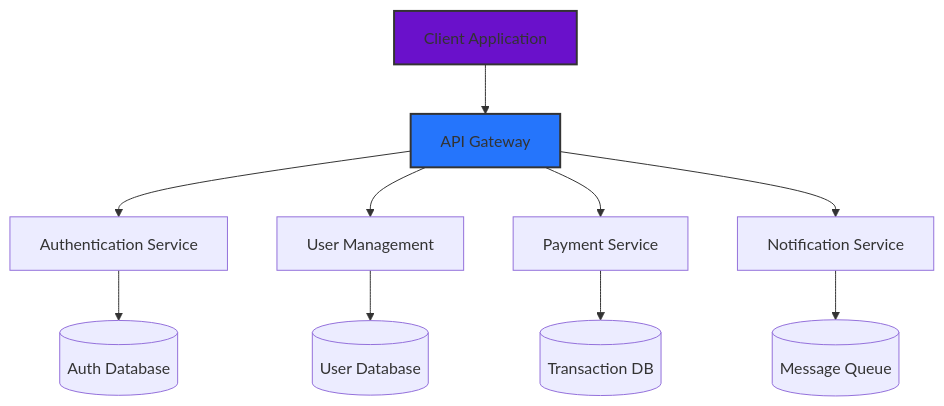
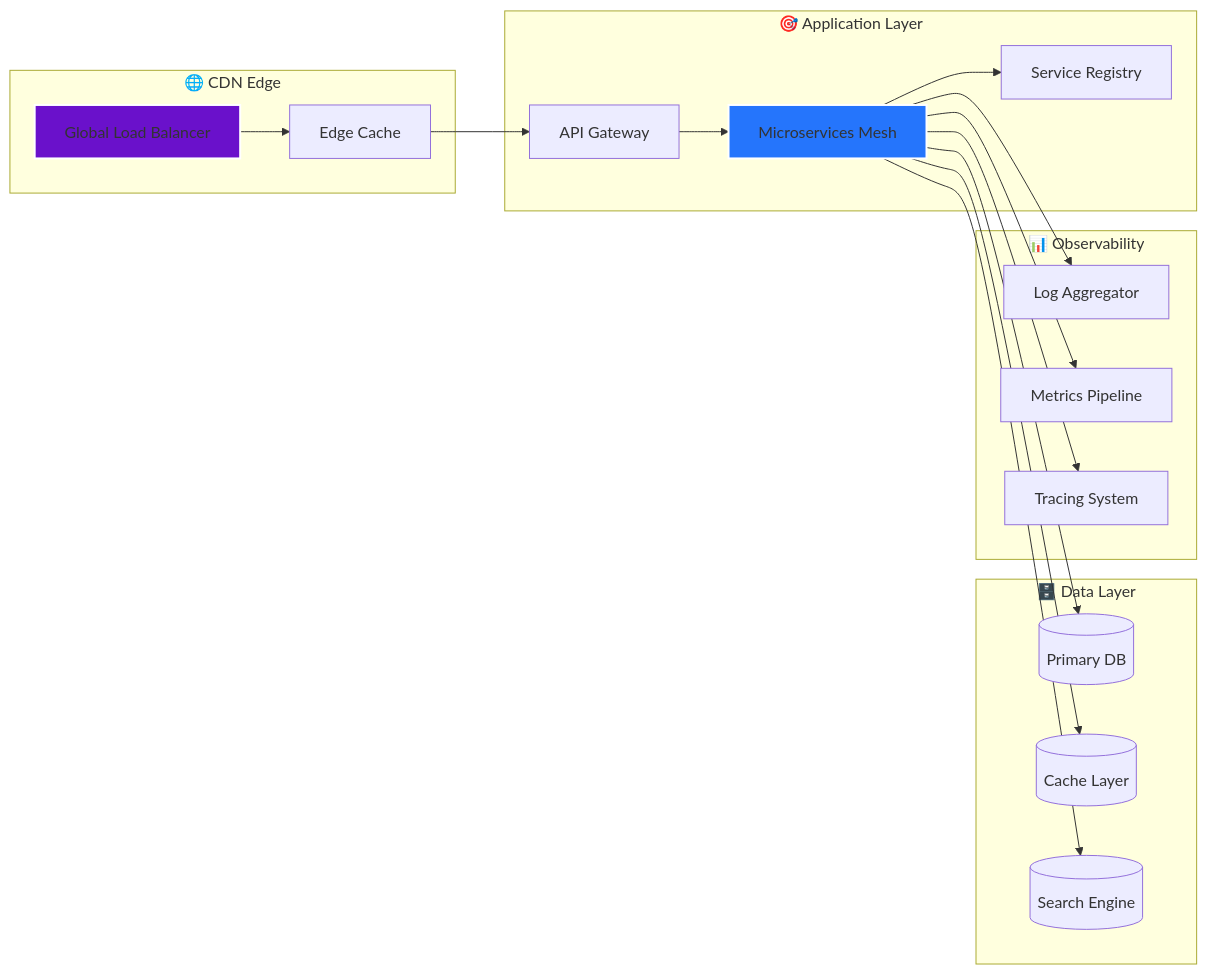
Before and after one commit to BOSSY254-LEVI/BOSSY254-LEVI: the second of 3 diagrams in README.md, drawn with Mermaid. The commit also changed other lines of this file, not shown here.

````diff
--- a/README.md
+++ b/README.md
@@ -150,15 +183,27 @@
 ```mermaid
-graph TB
-    A[Client Application] --> B[API Gateway]
-    B --> C[Authentication Service]
-    B --> D[User Management]
-    B --> E[Payment Service]
-    B --> F[Notification Service]
-    C --> G[(Auth Database)]
-    D --> H[(User Database)]
-    E --> I[(Transaction DB)]
-    F --> J[(Message Queue)]
+graph LR
+    subgraph "🌐 CDN Edge"
+        A[Global Load Balancer] --> B[Edge Cache]
+    end
     
-    style A fill:#6A11CB,stroke:#333,stroke-width:2px
-    style B fill:#2575FC,stroke:#333,stroke-width:2px
+    subgraph "🎯 Application Layer"
+        B --> C[API Gateway]
+        C --> D[Microservices Mesh]
+        D --> E[Service Registry]
+    end
+    
+    subgraph "🗄️ Data Layer"
+        D --> F[(Primary DB)]
+        D --> G[(Cache Layer)]
+        D --> H[(Search Engine)]
+    end
+    
+    subgraph "📊 Observability"
+        D --> I[Log Aggregator]
+        D --> J[Metrics Pipeline]
+        D --> K[Tracing System]
+    end
+    
+    style A fill:#6A11CB,stroke:#fff,stroke-width:2px
+    style D fill:#2575FC,stroke:#fff,stroke-width:2px
 ```
````
